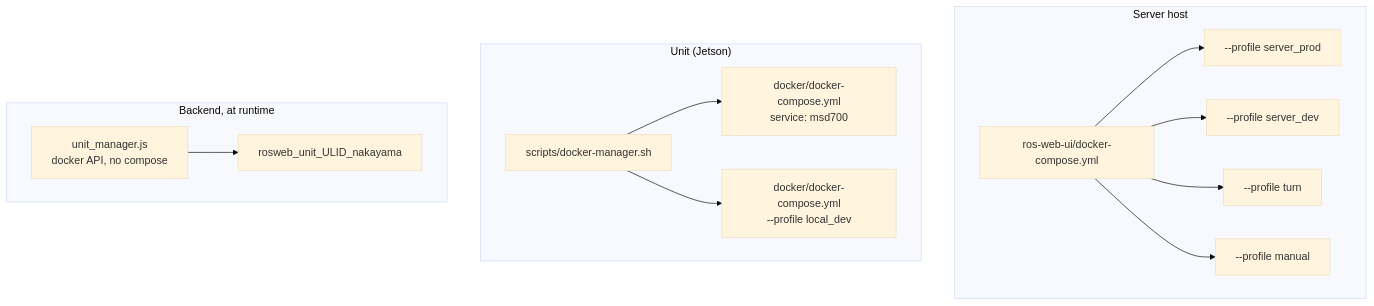
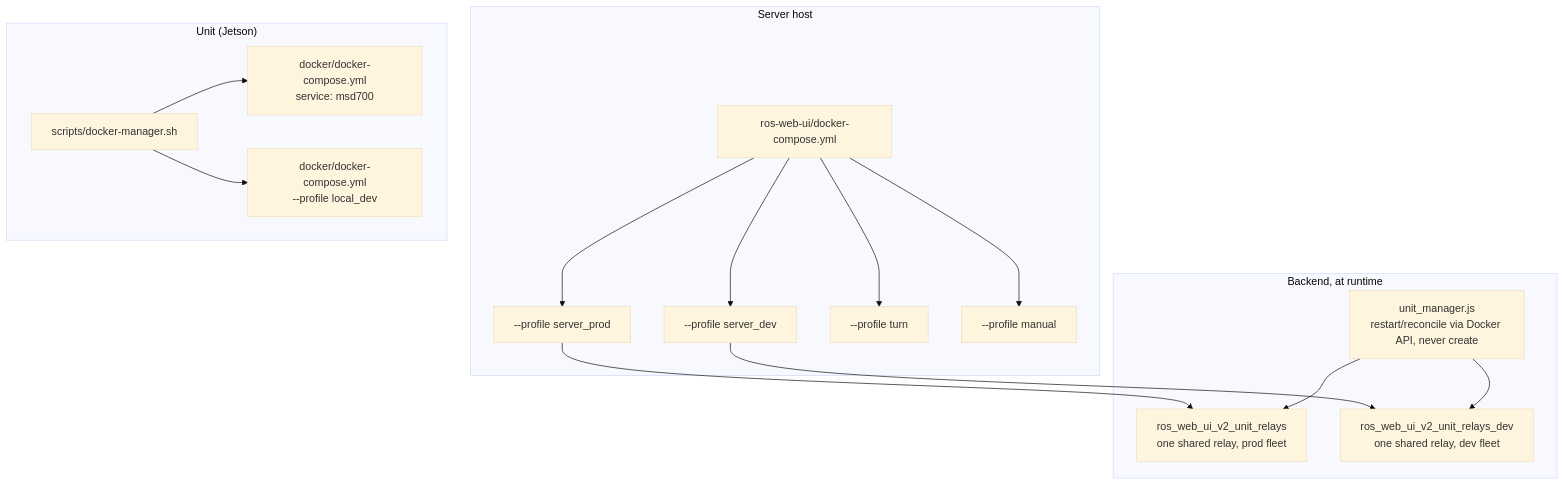
One commit to itbdelaboprogramming/msd700_documentation changed the first of 2 diagrams in docs/setup/docker-reference.md. Above: the diagram before and after it, drawn with Mermaid (base theme). The commit also changed other lines of this file and 110 other files, not shown here.

````diff
--- a/docs/setup/docker-reference.md
+++ b/docs/setup/docker-reference.md
@@ -24,19 +21,22 @@
 ```mermaid
 flowchart TB
   subgraph S["Server host"]
     SC["ros-web-ui/docker-compose.yml"]
     SC --> P1["--profile server_prod"]
     SC --> P2["--profile server_dev"]
     SC --> P3["--profile turn"]
     SC --> P4["--profile manual"]
   end
   subgraph U["Unit (Jetson)"]
     DM["scripts/docker-manager.sh"]
     DM --> UC["docker/docker-compose.yml<br/>service: msd700"]
     DM --> UL["docker/docker-compose.yml<br/>--profile local_dev"]
   end
   subgraph B["Backend, at runtime"]
-    UM["unit_manager.js<br/>docker API, no compose"]
-    UM --> RU["rosweb_unit_ULID_nakayama"]
+    UM["unit_manager.js<br/>restart/reconcile via Docker API, never create"]
+    P1 --> RU["ros_web_ui_v2_unit_relays<br/>one shared relay, prod fleet"]
+    P2 --> RD["ros_web_ui_v2_unit_relays_dev<br/>one shared relay, dev fleet"]
+    UM --> RU
+    UM --> RD
   end
 ```
````
